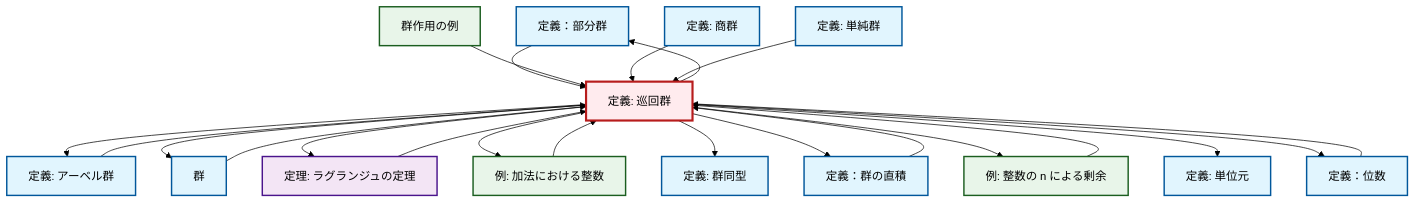
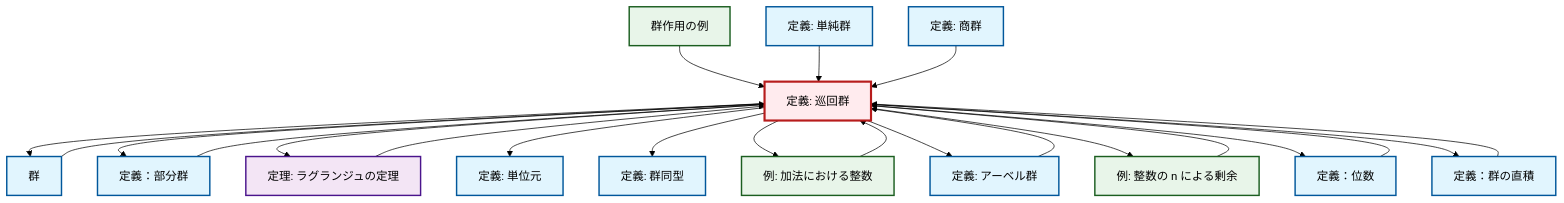
The diagram in content/ja/algebra/def-cyclic-group.qmd (RK0429/ModernMath), drawn with Mermaid (forest theme) before and after one commit. The commit also changed other lines of this file and 328 other files, not shown here.

````diff
--- a/content/ja/algebra/def-cyclic-group.qmd
+++ b/content/ja/algebra/def-cyclic-group.qmd
@@ -102,58 +102,58 @@
 ```{mermaid}
 %%| fig-cap: "ローカル依存関係グラフ"
 graph TD
     classDef definition fill:#e1f5fe,stroke:#01579b,stroke-width:2px
     classDef theorem fill:#f3e5f5,stroke:#4a148c,stroke-width:2px
     classDef axiom fill:#fff3e0,stroke:#e65100,stroke-width:2px
     classDef example fill:#e8f5e9,stroke:#1b5e20,stroke-width:2px
     classDef current fill:#ffebee,stroke:#b71c1c,stroke-width:3px
+    ex-group-action-examples["群作用の例"]:::example
+    def-identity-element["定義: 単位元"]:::definition
+    def-order["定義：位数"]:::definition
+    def-cyclic-group["定義: 巡回群"]:::definition
     def-subgroup["定義：部分群"]:::definition
-    def-cyclic-group["定義: 巡回群"]:::definition
-    def-order["定義：位数"]:::definition
+    ex-quotient-integers-mod-n["例: 整数の n による剰余"]:::example
+    def-abelian-group["定義: アーベル群"]:::definition
+    def-isomorphism["定義: 群同型"]:::definition
     def-direct-product["定義：群の直積"]:::definition
+    thm-lagrange["定理: ラグランジュの定理"]:::theorem
+    def-simple-group["定義: 単純群"]:::definition
+    def-group["群"]:::definition
     def-quotient-group["定義: 商群"]:::definition
     ex-integers-addition["例: 加法における整数"]:::example
-    ex-group-action-examples["群作用の例"]:::example
-    def-isomorphism["定義: 群同型"]:::definition
-    ex-quotient-integers-mod-n["例: 整数の n による剰余"]:::example
-    thm-lagrange["定理: ラグランジュの定理"]:::theorem
-    def-group["群"]:::definition
-    def-identity-element["定義: 単位元"]:::definition
-    def-simple-group["定義: 単純群"]:::definition
-    def-abelian-group["定義: アーベル群"]:::definition
+    def-abelian-group --> def-cyclic-group
+    ex-group-action-examples --> def-cyclic-group
+    def-cyclic-group --> def-group
+    def-order --> def-cyclic-group
+    def-group --> def-cyclic-group
+    def-cyclic-group --> def-subgroup
+    def-simple-group --> def-cyclic-group
+    def-cyclic-group --> thm-lagrange
+    def-cyclic-group --> def-identity-element
+    def-direct-product --> def-cyclic-group
+    def-subgroup --> def-cyclic-group
+    def-cyclic-group --> def-isomorphism
+    ex-quotient-integers-mod-n --> def-cyclic-group
+    ex-integers-addition --> def-cyclic-group
+    def-quotient-group --> def-cyclic-group
+    def-cyclic-group --> ex-integers-addition
     def-cyclic-group --> def-abelian-group
-    ex-quotient-integers-mod-n --> def-cyclic-group
-    def-subgroup --> def-cyclic-group
-    def-direct-product --> def-cyclic-group
-    ex-integers-addition --> def-cyclic-group
-    def-cyclic-group --> def-group
-    def-cyclic-group --> thm-lagrange
-    def-order --> def-cyclic-group
-    def-cyclic-group --> ex-integers-addition
-    def-abelian-group --> def-cyclic-group
-    def-cyclic-group --> def-isomorphism
+    def-cyclic-group --> ex-quotient-integers-mod-n
+    def-cyclic-group --> def-order
+    thm-lagrange --> def-cyclic-group
     def-cyclic-group --> def-direct-product
-    def-cyclic-group --> def-subgroup
-    def-cyclic-group --> ex-quotient-integers-mod-n
-    def-cyclic-group --> def-identity-element
-    def-group --> def-cyclic-group
-    def-cyclic-group --> def-order
-    ex-group-action-examples --> def-cyclic-group
-    thm-lagrange --> def-cyclic-group
-    def-quotient-group --> def-cyclic-group
-    def-simple-group --> def-cyclic-group
     class def-cyclic-group current
+    click ex-group-action-examples "ex-group-action-examples.html" "群作用の例へ"
+    click def-identity-element "def-identity-element.html" "単位元の定義へ"
+    click def-order "def-order.html" "定義：位数へ"
     click def-subgroup "def-subgroup.html" "定義：部分群へ"
-    click def-order "def-order.html" "定義：位数へ"
+    click ex-quotient-integers-mod-n "ex-quotient-integers-mod-n.html" "整数の n による剰余の例へ"
+    click def-abelian-group "def-abelian-group.html" "アーベル群の定義へ"
+    click def-isomorphism "def-isomorphism.html" "群同型の定義へ"
     click def-direct-product "def-direct-product.html" "定義：群の直積へ"
+    click thm-lagrange "thm-lagrange.html" "ラグランジュの定理の定理へ"
+    click def-simple-group "def-simple-group.html" "単純群の定義へ"
+    click def-group "def-group.html" "群へ"
     click def-quotient-group "def-quotient-group.html" "商群の定義へ"
     click ex-integers-addition "ex-integers-addition.html" "加法における整数の例へ"
-    click ex-group-action-examples "ex-group-action-examples.html" "群作用の例へ"
-    click def-isomorphism "def-isomorphism.html" "群同型の定義へ"
-    click ex-quotient-integers-mod-n "ex-quotient-integers-mod-n.html" "整数の n による剰余の例へ"
-    click thm-lagrange "thm-lagrange.html" "ラグランジュの定理の定理へ"
-    click def-group "def-group.html" "群へ"
-    click def-identity-element "def-identity-element.html" "単位元の定義へ"
-    click def-simple-group "def-simple-group.html" "単純群の定義へ"
-    click def-abelian-group "def-abelian-group.html" "アーベル群の定義へ"
 ```
````
